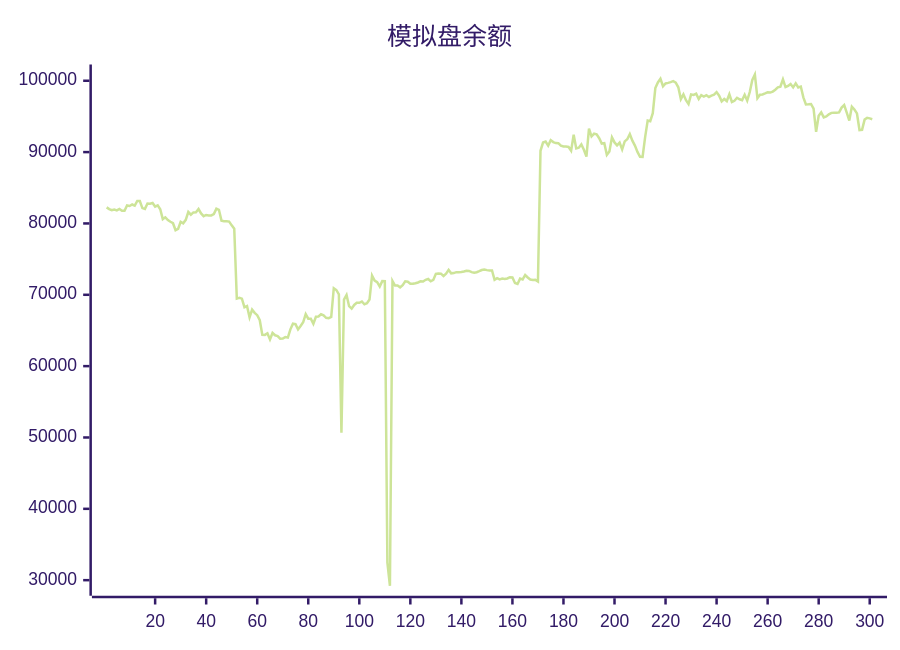
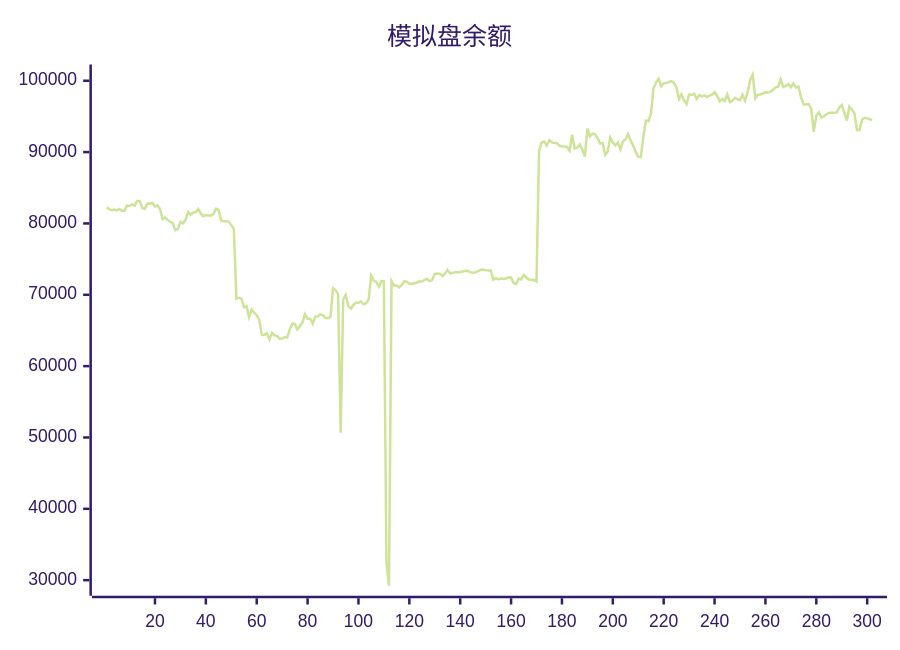
One commit to aahl/ai-trading changed the diagram in README.md. Above: the diagram before and after it, drawn with Mermaid (forest theme). The commit also changed other lines of this file and 1 other file, not shown here.

````diff
--- a/README.md
+++ b/README.md
@@ -5,5 +5,5 @@
 ```mermaid
 xychart
     title "模拟盘余额"
-    line [82254,82006,81848,81955,81829,82022,81769,81776,82522,82441,82656,82498,83144,83144,82150,82038,82797,82763,82872,82367,82536,81981,80612,80862,80484,80242,80034,79063,79245,80226,80016,80507,81625,81233,81544,81578,82016,81401,81019,81186,81130,81118,81306,82066,81909,80392,80304,80291,80258,79729,79261,69466,69579,69456,68251,68415,66832,67911,67462,67144,66432,64380,64375,64606,63740,64647,64324,64216,63842,63877,64078,64008,65156,65945,65888,65157,65625,66144,67284,66653,66639,65924,66925,66956,67263,67108,66766,66729,66886,70927,70673,70049,50652,69334,69973,68400,68061,68578,68876,68879,69055,68662,68822,69329,72687,71999,71760,71162,71911,71896,32500,29218,71927,71297,71305,71044,71337,71883,71822,71536,71536,71622,71723,71880,71860,72100,72216,71887,72077,72940,72976,72966,72638,72948,73497,73004,73041,73173,73160,73186,73258,73375,73351,73173,73098,73161,73305,73474,73536,73457,73413,73412,72100,72333,72164,72272,72204,72285,72461,72421,71652,71521,72267,72157,72774,72424,72144,72060,72091,71858,90185,91338,91466,90900,91678,91404,91268,91244,90903,90779,90787,90721,90187,92429,90518,90619,91070,90328,89376,93286,92202,92581,92485,91947,91196,91259,89619,90086,92063,91355,90950,91327,90373,91498,91800,92531,91603,90910,90031,89351,89334,92097,94406,94315,95455,98972,99763,100286,99229,99622,99701,99805,99938,99738,99082,97430,98094,97267,96741,98081,98013,98194,97447,97983,97789,97969,97729,97911,98043,98405,97912,97120,97448,97154,98095,97021,97190,97616,97402,97263,98035,97210,98424,100120,100876,97552,98049,98085,98228,98388,98342,98488,98750,99086,99181,100188,99107,99272,99553,99072,99636,99061,99186,97674,96679,96704,96743,96096,92830,95088,95560,94866,94995,95295,95497,95531,95527,95559,96236,96597,95538,94422,96363,95972,95418,93094,93128,94558,94795,94727,94611]
+    line [82254,82006,81848,81955,81829,82022,81769,81776,82522,82441,82656,82498,83144,83144,82150,82038,82797,82763,82872,82367,82536,81981,80612,80862,80484,80242,80034,79063,79245,80226,80016,80507,81625,81233,81544,81578,82016,81401,81019,81186,81130,81118,81306,82066,81909,80392,80304,80291,80258,79729,79261,69466,69579,69456,68251,68415,66832,67911,67462,67144,66432,64380,64375,64606,63740,64647,64324,64216,63842,63877,64078,64008,65156,65945,65888,65157,65625,66144,67284,66653,66639,65924,66925,66956,67263,67108,66766,66729,66886,70927,70673,70049,50652,69334,69973,68400,68061,68578,68876,68879,69055,68662,68822,69329,72687,71999,71760,71162,71911,71896,32500,29218,71927,71297,71305,71044,71337,71883,71822,71536,71536,71622,71723,71880,71860,72100,72216,71887,72077,72940,72976,72966,72638,72948,73497,73004,73041,73173,73160,73186,73258,73375,73351,73173,73098,73161,73305,73474,73536,73457,73413,73412,72100,72333,72164,72272,72204,72285,72461,72421,71652,71521,72267,72157,72774,72424,72144,72060,72091,71858,90185,91338,91466,90900,91678,91404,91268,91244,90903,90779,90787,90721,90187,92429,90518,90619,91070,90328,89376,93286,92202,92581,92485,91947,91196,91259,89619,90086,92063,91355,90950,91327,90373,91498,91800,92531,91603,90910,90031,89351,89334,92097,94406,94315,95455,98972,99763,100286,99229,99622,99701,99805,99938,99738,99082,97430,98094,97267,96741,98081,98013,98194,97447,97983,97789,97969,97729,97911,98043,98405,97912,97120,97448,97154,98095,97021,97190,97616,97402,97263,98035,97210,98424,100120,100876,97552,98049,98085,98228,98388,98342,98488,98750,99086,99181,100188,99107,99272,99553,99072,99636,99061,99186,97674,96679,96704,96743,96096,92830,95088,95560,94866,94995,95295,95497,95531,95527,95559,96236,96597,95538,94422,96363,95972,95418,93094,93128,94558,94795,94727,94611,94508]
 ```
````
